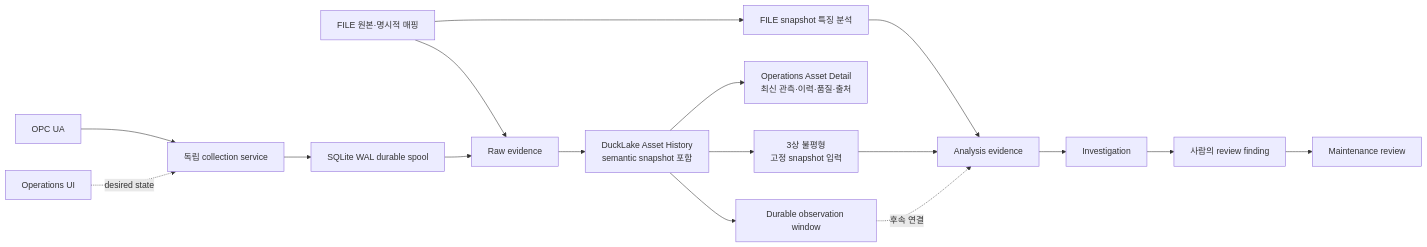
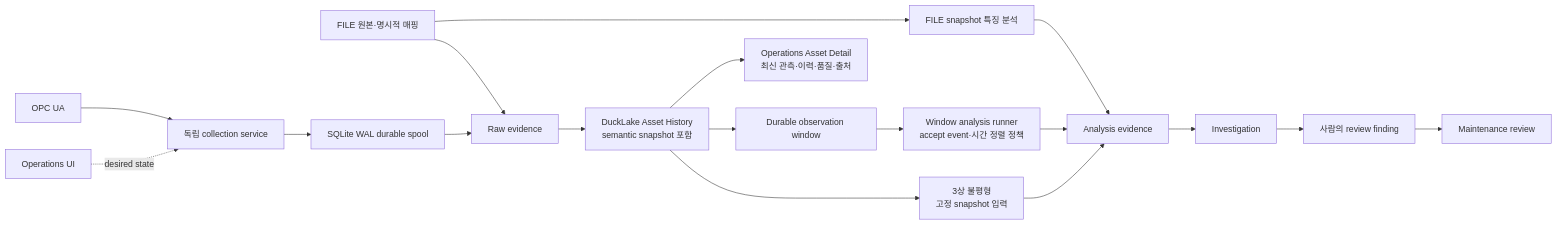
The diagram in docs/architecture/overview.md (so9093-K/industrial-phm-framework), drawn with Mermaid before and after one commit. The commit also changed other lines of this file and 4 other files, not shown here.

````diff
--- a/docs/architecture/overview.md
+++ b/docs/architecture/overview.md
@@ -75,19 +75,20 @@
 ```mermaid
 flowchart LR
     FILE[FILE 원본·명시적 매핑] --> RAW[Raw evidence]
     OPC[OPC UA] --> COLLECTOR[독립 collection service]
     COLLECTOR --> SPOOL[SQLite WAL durable spool]
     SPOOL --> RAW
     RAW --> HISTORY[DuckLake Asset History<br/>semantic snapshot 포함]
     HISTORY --> WINDOW[Durable observation window]
     HISTORY --> ASSET[Operations Asset Detail<br/>최신 관측·이력·품질·출처]
     HISTORY --> UNBALANCE[3상 불평형<br/>고정 snapshot 입력]
     FILE --> ANALYSIS[FILE snapshot 특징 분석]
     ANALYSIS --> EVIDENCE[Analysis evidence]
+    WINDOW --> RUNNER[Window analysis runner<br/>accept event·시간 정렬 정책]
+    RUNNER --> EVIDENCE
     UNBALANCE --> EVIDENCE
     EVIDENCE --> INVESTIGATION[Investigation]
     INVESTIGATION --> FINDING[사람의 review finding]
     FINDING --> REVIEW[Maintenance review]
     UI[Operations UI] -. desired state .-> COLLECTOR
-    WINDOW -. 후속 연결 .-> EVIDENCE
 ```
````
